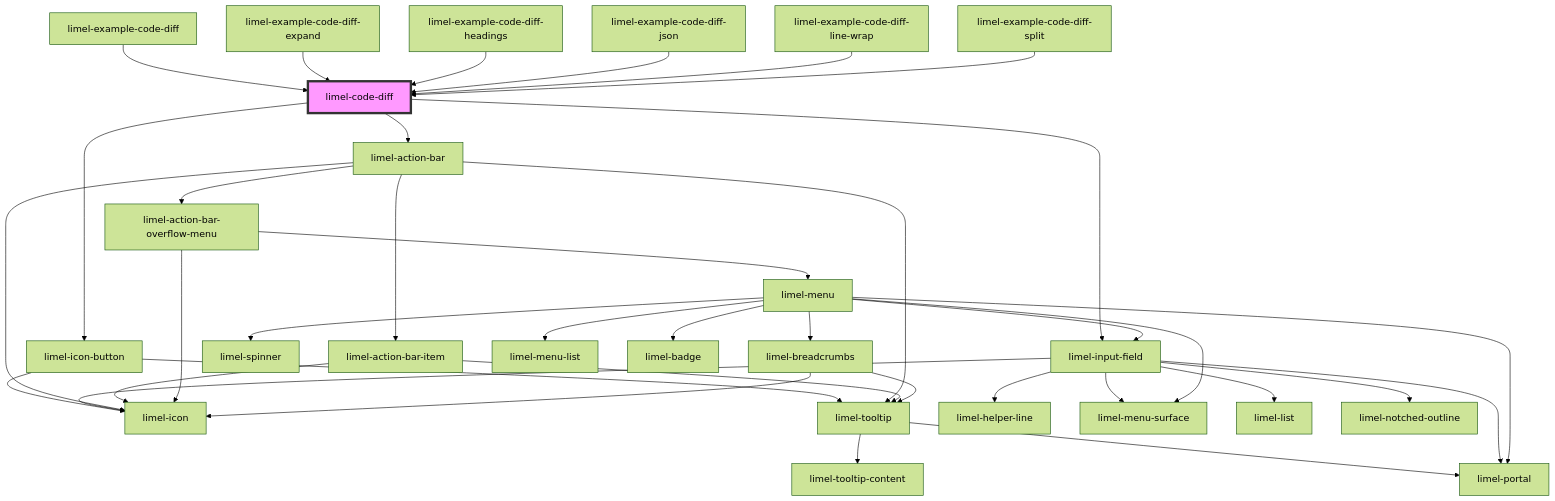
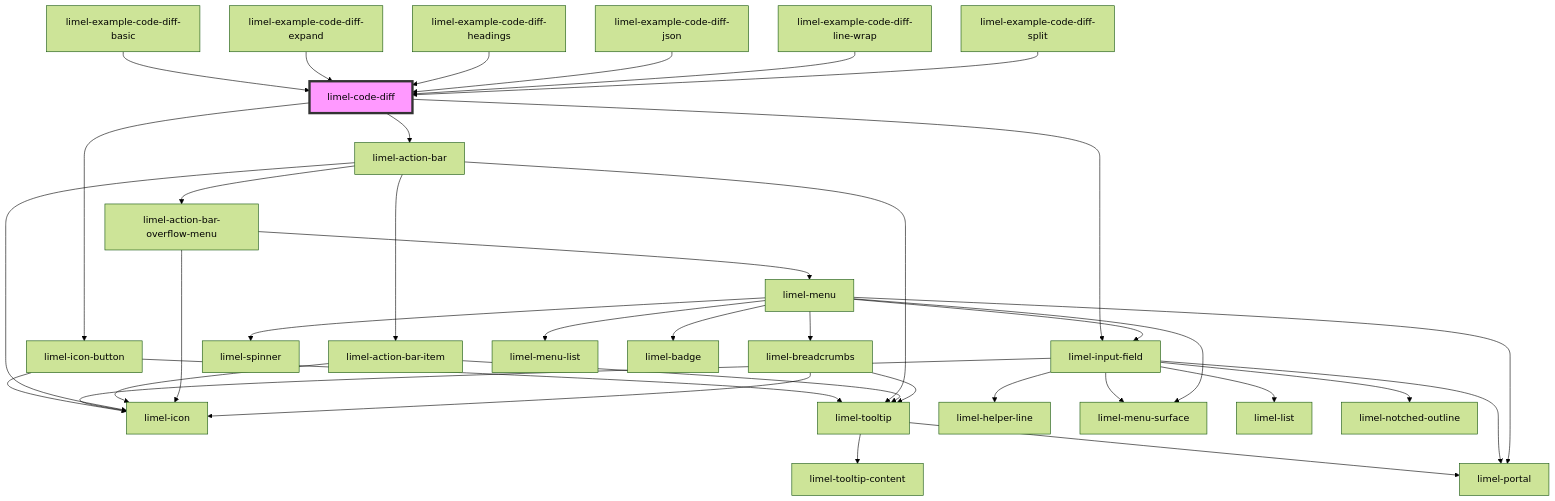
One commit to Lundalogik/lime-elements changed the diagram in versions/PR-3949/markdown-docs/components/code-diff/readme.md. Above: the diagram before and after it, drawn with Mermaid (forest theme). The commit also changed other lines of this file and 393 other files, not shown here.

````diff
--- a/versions/PR-3949/markdown-docs/components/code-diff/readme.md
+++ b/versions/PR-3949/markdown-docs/components/code-diff/readme.md
@@ -49,40 +49,40 @@
 ```mermaid
 graph TD;
   limel-code-diff --> limel-icon-button
   limel-code-diff --> limel-input-field
   limel-code-diff --> limel-action-bar
   limel-icon-button --> limel-icon
   limel-icon-button --> limel-tooltip
   limel-tooltip --> limel-portal
   limel-tooltip --> limel-tooltip-content
   limel-input-field --> limel-helper-line
   limel-input-field --> limel-icon
   limel-input-field --> limel-portal
   limel-input-field --> limel-menu-surface
   limel-input-field --> limel-list
   limel-input-field --> limel-notched-outline
   limel-action-bar --> limel-action-bar-item
   limel-action-bar --> limel-action-bar-overflow-menu
   limel-action-bar --> limel-icon
   limel-action-bar --> limel-tooltip
   limel-action-bar-item --> limel-icon
   limel-action-bar-item --> limel-tooltip
   limel-action-bar-overflow-menu --> limel-icon
   limel-action-bar-overflow-menu --> limel-menu
   limel-menu --> limel-spinner
   limel-menu --> limel-breadcrumbs
   limel-menu --> limel-input-field
   limel-menu --> limel-menu-list
   limel-menu --> limel-badge
   limel-menu --> limel-portal
   limel-menu --> limel-menu-surface
   limel-breadcrumbs --> limel-icon
   limel-breadcrumbs --> limel-tooltip
-  limel-example-code-diff --> limel-code-diff
+  limel-example-code-diff-basic --> limel-code-diff
   limel-example-code-diff-expand --> limel-code-diff
   limel-example-code-diff-headings --> limel-code-diff
   limel-example-code-diff-json --> limel-code-diff
   limel-example-code-diff-line-wrap --> limel-code-diff
   limel-example-code-diff-split --> limel-code-diff
   style limel-code-diff fill:#f9f,stroke:#333,stroke-width:4px
 ```
````
